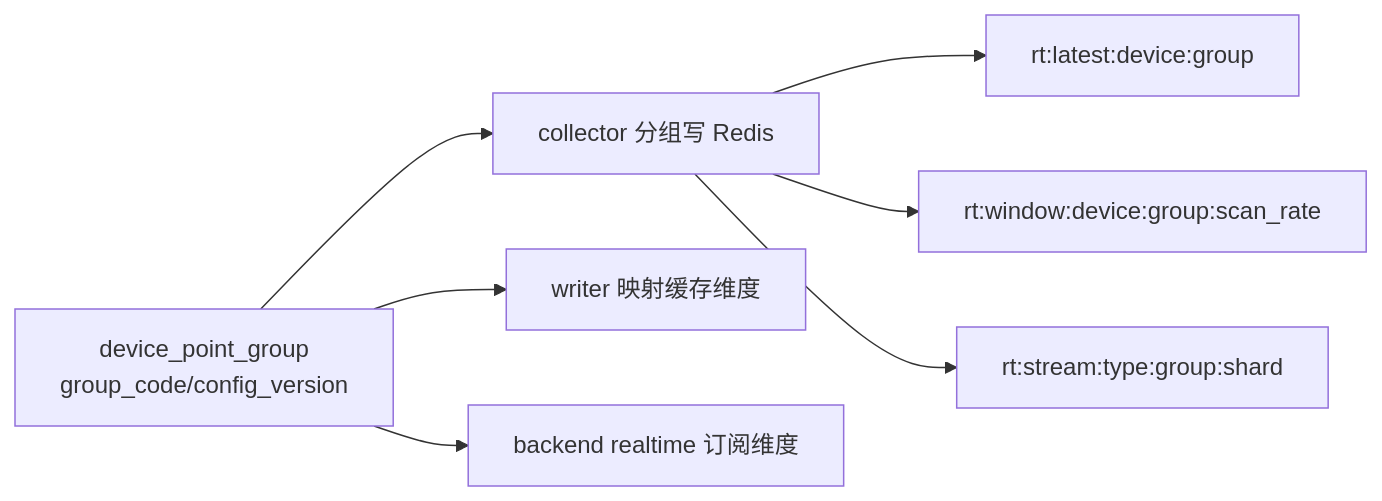
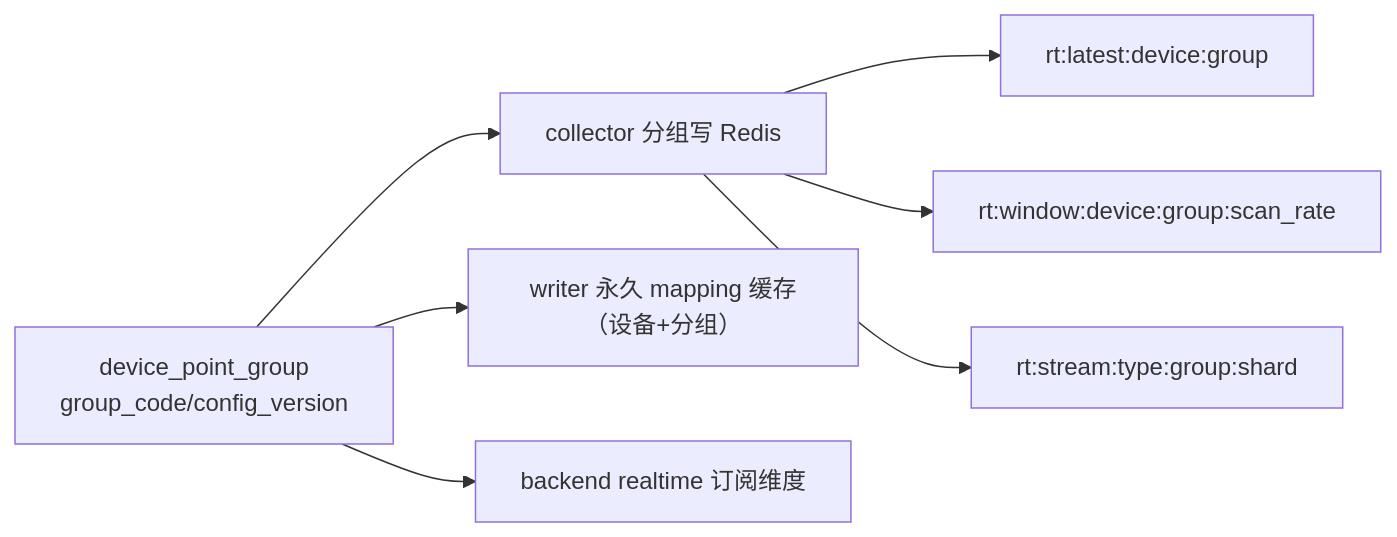
The first of 2 diagrams in docs/03-数据与契约/数据库/Redis结构与字段.md (Hry1729/data_watch), drawn with Mermaid before and after one commit. The commit also changed other lines of this file and 150 other files, not shown here.

````diff
--- a/docs/03-数据与契约/数据库/Redis结构与字段.md
+++ b/docs/03-数据与契约/数据库/Redis结构与字段.md
@@ -28,9 +28,9 @@
 ```mermaid
 flowchart LR
     PG[device_point_group<br/>group_code/config_version] --> COL[collector 分组写 Redis]
-    PG --> WR[writer 映射缓存维度]
+    PG --> WR[writer 永久 mapping 缓存（设备+分组）]
     PG --> BE[backend realtime 订阅维度]
     COL --> L[rt:latest:device:group]
     COL --> W[rt:window:device:group:scan_rate]
     COL --> S[rt:stream:type:group:shard]
 ```
````
